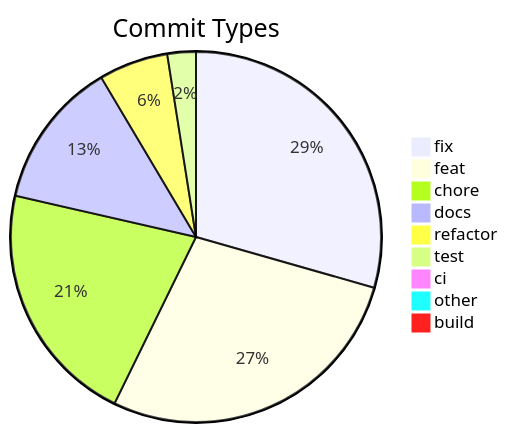
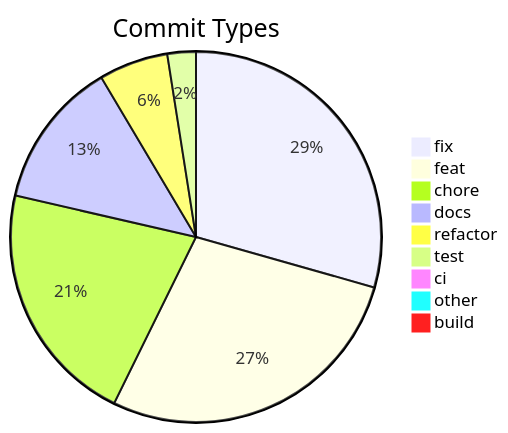
One commit to svenroth-ai/shipwright changed the diagram in .shipwright/compliance/change-history.md. Above: the diagram before and after it, drawn with Mermaid. The commit also changed other lines of this file and 19 other files, not shown here.

````diff
--- a/.shipwright/compliance/change-history.md
+++ b/.shipwright/compliance/change-history.md
@@ -8,12 +8,12 @@
 ```mermaid
 pie title Commit Types
     "fix" : 331
-    "feat" : 313
+    "feat" : 314
     "chore" : 240
     "docs" : 145
     "refactor" : 68
     "test" : 28
     "ci" : 11
     "other" : 9
     "build" : 1
 ```
````
